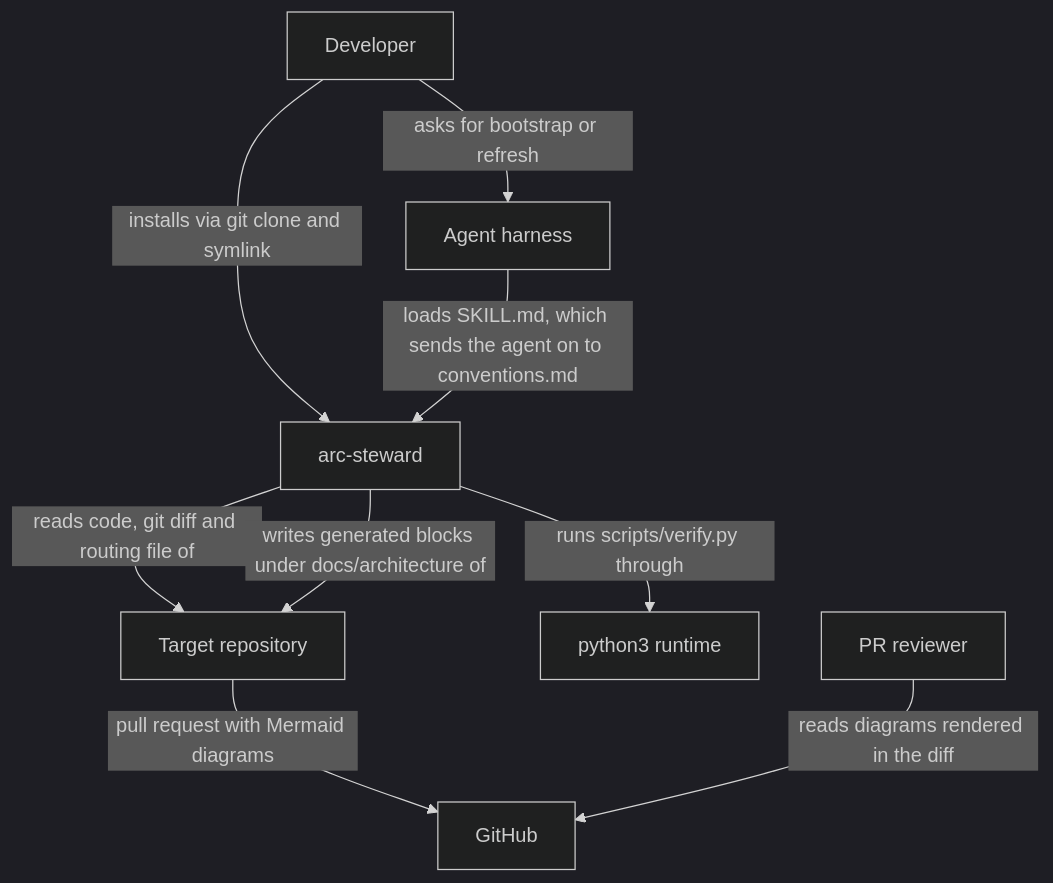
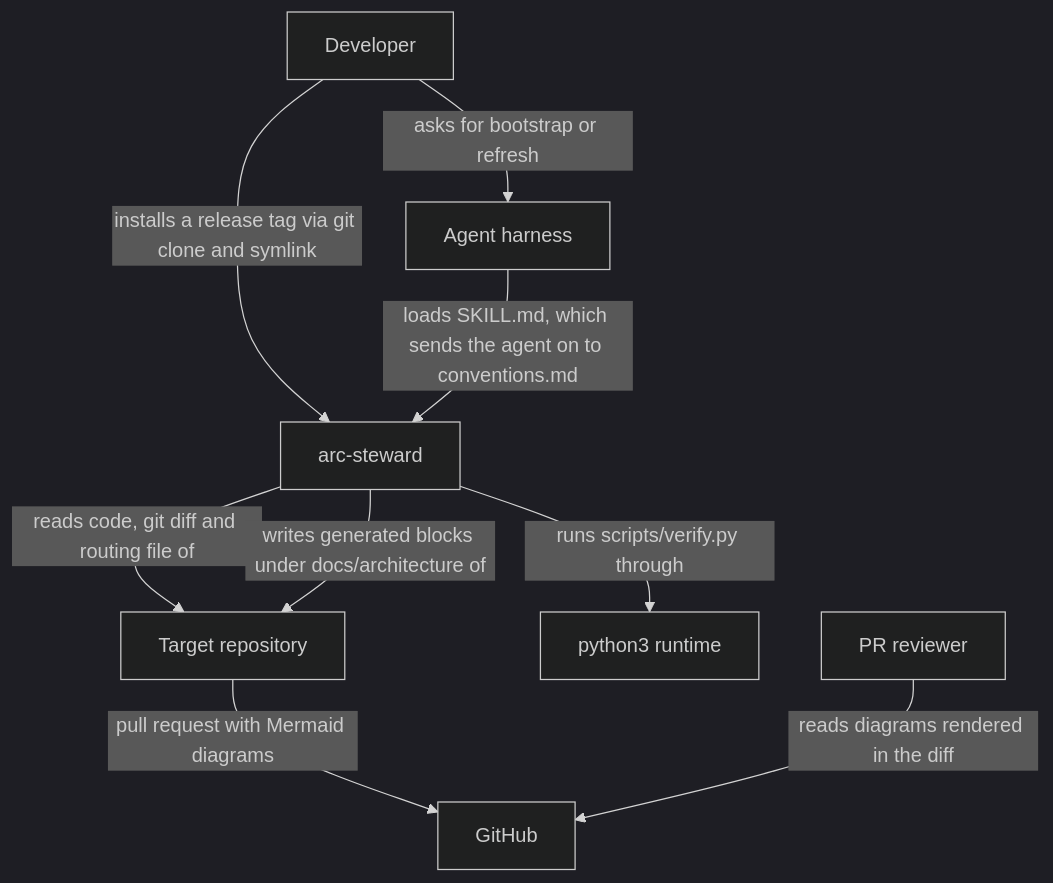
One commit to robertfoobar/arc-steward changed the diagram in docs/architecture/01-context.md. Above: the diagram before and after it, drawn with Mermaid (dark theme). The commit also changed other lines of this file and 24 other files, not shown here.

````diff
--- a/docs/architecture/01-context.md
+++ b/docs/architecture/01-context.md
@@ -10,11 +10,11 @@
 ```mermaid
 flowchart TD
-  Developer["Developer"] -->|installs via git clone and symlink| Steward
+  Developer["Developer"] -->|installs a release tag via git clone and symlink| Steward
   Developer -->|asks for bootstrap or refresh| Harness
   Harness["Agent harness"] -->|loads SKILL.md, which sends the agent on to conventions.md| Steward["arc-steward"]
   Steward -->|reads code, git diff and routing file of| Repo["Target repository"]
   Steward -->|writes generated blocks under docs/architecture of| Repo
   Steward -->|runs scripts/verify.py through| Python["python3 runtime"]
   Repo -->|pull request with Mermaid diagrams| GitHub["GitHub"]
   Reviewer["PR reviewer"] -->|reads diagrams rendered in the diff| GitHub
 ```
````
